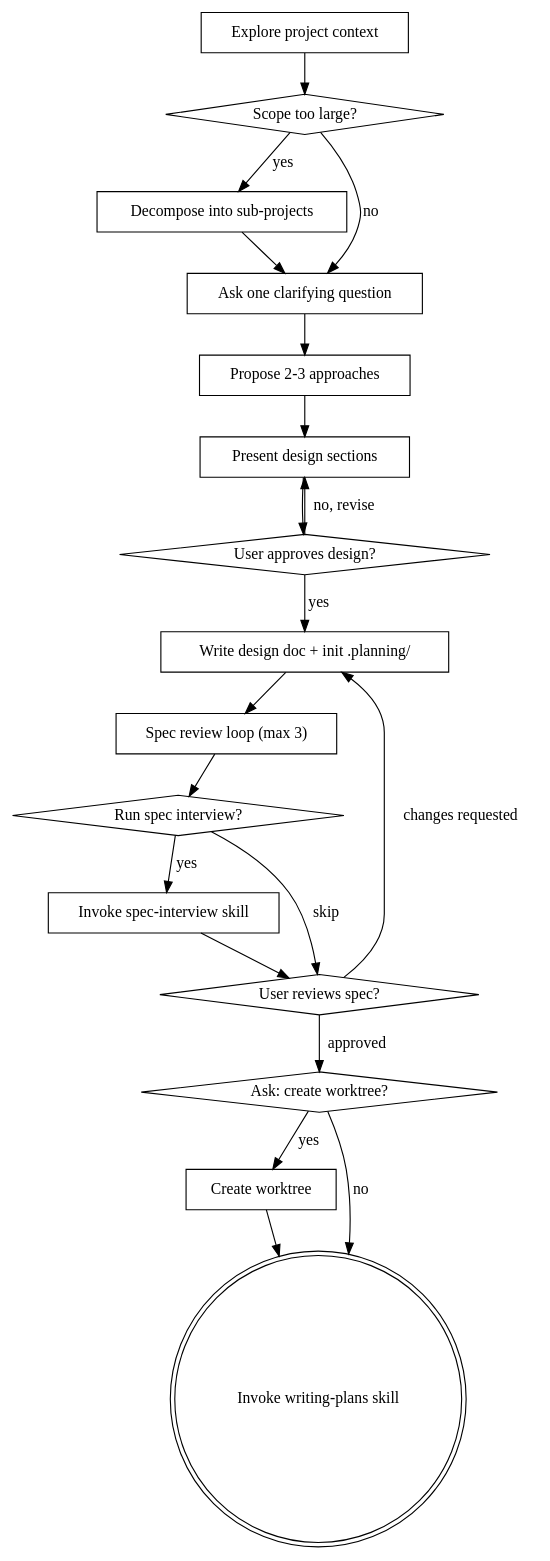
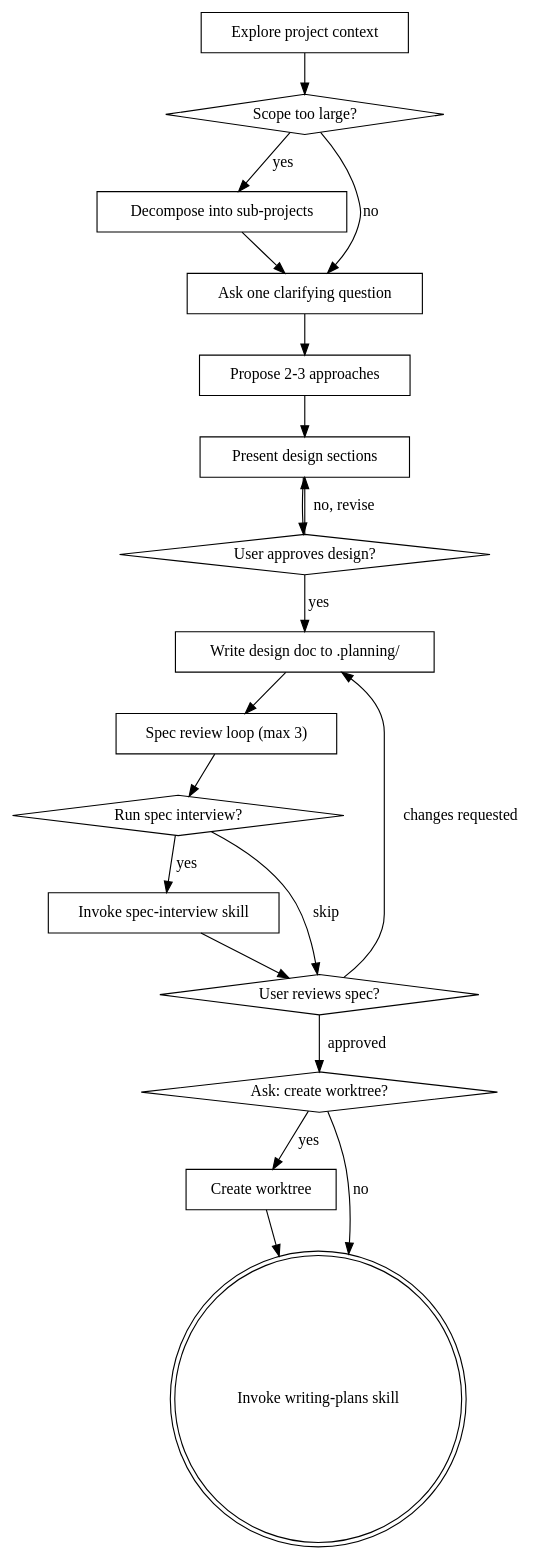
The diagram in skills/brainstorming/SKILL.md (SipengXie2024/superpower-planning), drawn with Graphviz before and after one commit. The commit also changed other lines of this file and 31 other files, not shown here.

First line of the commit message:
feat: unify design+plan into .planning/ and add 7 automation scripts

````diff
--- a/skills/brainstorming/SKILL.md
+++ b/skills/brainstorming/SKILL.md
@@ -40,39 +40,39 @@
 ```dot
 digraph brainstorming {
     "Explore project context" [shape=box];
     "Scope too large?" [shape=diamond];
     "Decompose into sub-projects" [shape=box];
     "Ask one clarifying question" [shape=box];
     "Propose 2-3 approaches" [shape=box];
     "Present design sections" [shape=box];
     "User approves design?" [shape=diamond];
-    "Write design doc + init .planning/" [shape=box];
+    "Write design doc to .planning/" [shape=box];
     "Spec review loop (max 3)" [shape=box];
     "Run spec interview?" [shape=diamond];
     "Invoke spec-interview skill" [shape=box];
     "User reviews spec?" [shape=diamond];
     "Ask: create worktree?" [shape=diamond];
     "Create worktree" [shape=box];
     "Invoke writing-plans skill" [shape=doublecircle];
 
     "Explore project context" -> "Scope too large?";
     "Scope too large?" -> "Decompose into sub-projects" [label="yes"];
     "Scope too large?" -> "Ask one clarifying question" [label="no"];
     "Decompose into sub-projects" -> "Ask one clarifying question";
     "Ask one clarifying question" -> "Propose 2-3 approaches";
     "Propose 2-3 approaches" -> "Present design sections";
     "Present design sections" -> "User approves design?";
     "User approves design?" -> "Present design sections" [label="no, revise"];
-    "User approves design?" -> "Write design doc + init .planning/" [label="yes"];
-    "Write design doc + init .planning/" -> "Spec review loop (max 3)";
+    "User approves design?" -> "Write design doc to .planning/" [label="yes"];
+    "Write design doc to .planning/" -> "Spec review loop (max 3)";
     "Spec review loop (max 3)" -> "Run spec interview?";
     "Run spec interview?" -> "Invoke spec-interview skill" [label="yes"];
     "Run spec interview?" -> "User reviews spec?" [label="skip"];
     "Invoke spec-interview skill" -> "User reviews spec?";
-    "User reviews spec?" -> "Write design doc + init .planning/" [label="changes requested"];
+    "User reviews spec?" -> "Write design doc to .planning/" [label="changes requested"];
     "User reviews spec?" -> "Ask: create worktree?" [label="approved"];
     "Ask: create worktree?" -> "Create worktree" [label="yes"];
     "Ask: create worktree?" -> "Invoke writing-plans skill" [label="no"];
     "Create worktree" -> "Invoke writing-plans skill";
 }
 ```
````
